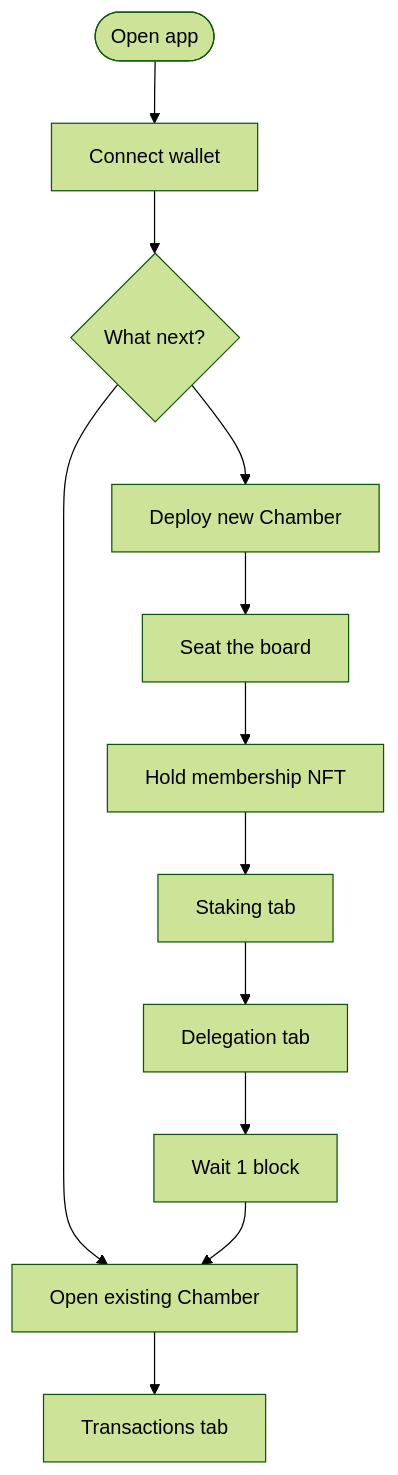
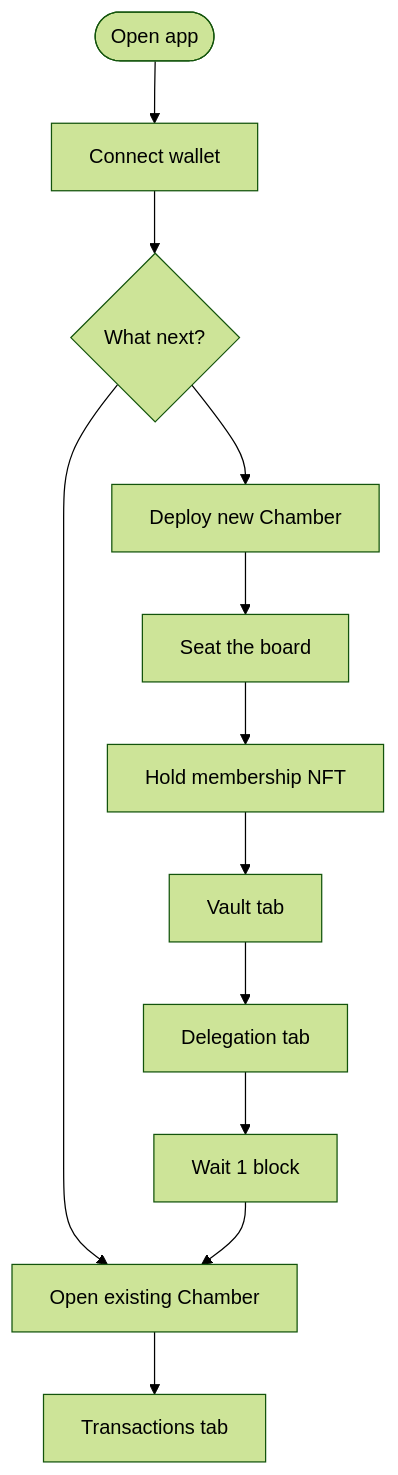
The diagram in app/src/docs/guides/app-routes.md (loreum-org/chamber), drawn with Mermaid (forest theme) before and after one commit. The commit also changed other lines of this file and 8 other files, not shown here.

First line of the commit message:
app: rename Treasury tab to Vault and Proposals tab to Transactions (#417)

````diff
--- a/app/src/docs/guides/app-routes.md
+++ b/app/src/docs/guides/app-routes.md
@@ -30,14 +30,14 @@
 ```mermaid
 flowchart TD
   Start([Open app]) --> Connect[Connect wallet]
   Connect --> Hub{What next?}
   Hub --> Deploy[Deploy new Chamber]
   Hub --> Open[Open existing Chamber]
   Deploy --> Seat[Seat the board]
   Seat --> HoldNft[Hold membership NFT]
-  HoldNft --> Stake[Staking tab]
+  HoldNft --> Stake[Vault tab]
   Stake --> Del[Delegation tab]
   Del --> Wait[Wait 1 block]
   Wait --> Open
   Open --> Tx[Transactions tab]
 ```
````
